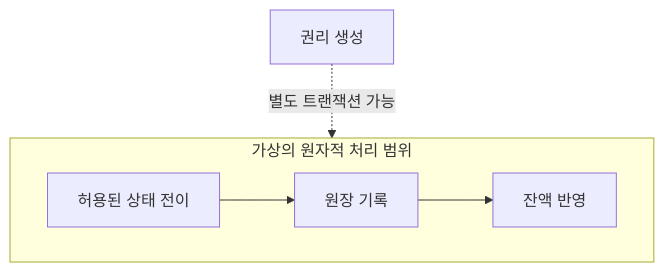
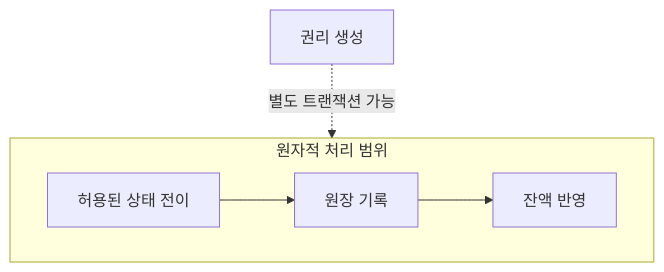
The sixth of 7 diagrams in _posts/2026-03-20-reward-creation-receipt-charge-responsibility.md (jiwon11/jiwon11.github.io), drawn with Mermaid before and after one commit. The commit also changed other lines of this file and 7 other files, not shown here.

```diff
--- a/_posts/2026-03-20-reward-creation-receipt-charge-responsibility.md
+++ b/_posts/2026-03-20-reward-creation-receipt-charge-responsibility.md
@@ -226,11 +219,11 @@
 ~~~mermaid
 flowchart TB
-    subgraph TX["가상의 원자적 처리 범위"]
+    subgraph TX["원자적 처리 범위"]
         T["허용된 상태 전이"]
         L["원장 기록"]
         B["잔액 반영"]
         T --> L --> B
     end
 
     C["권리 생성"] -. "별도 트랜잭션 가능" .-> TX
 ~~~
```
